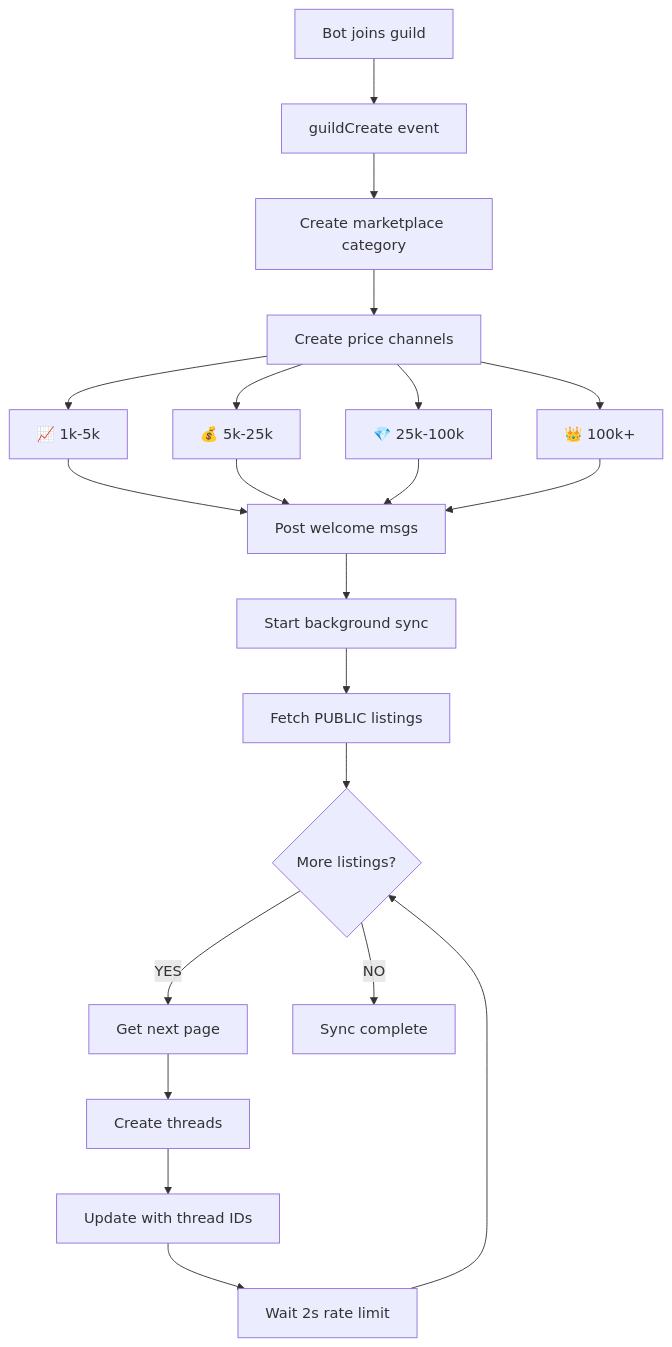
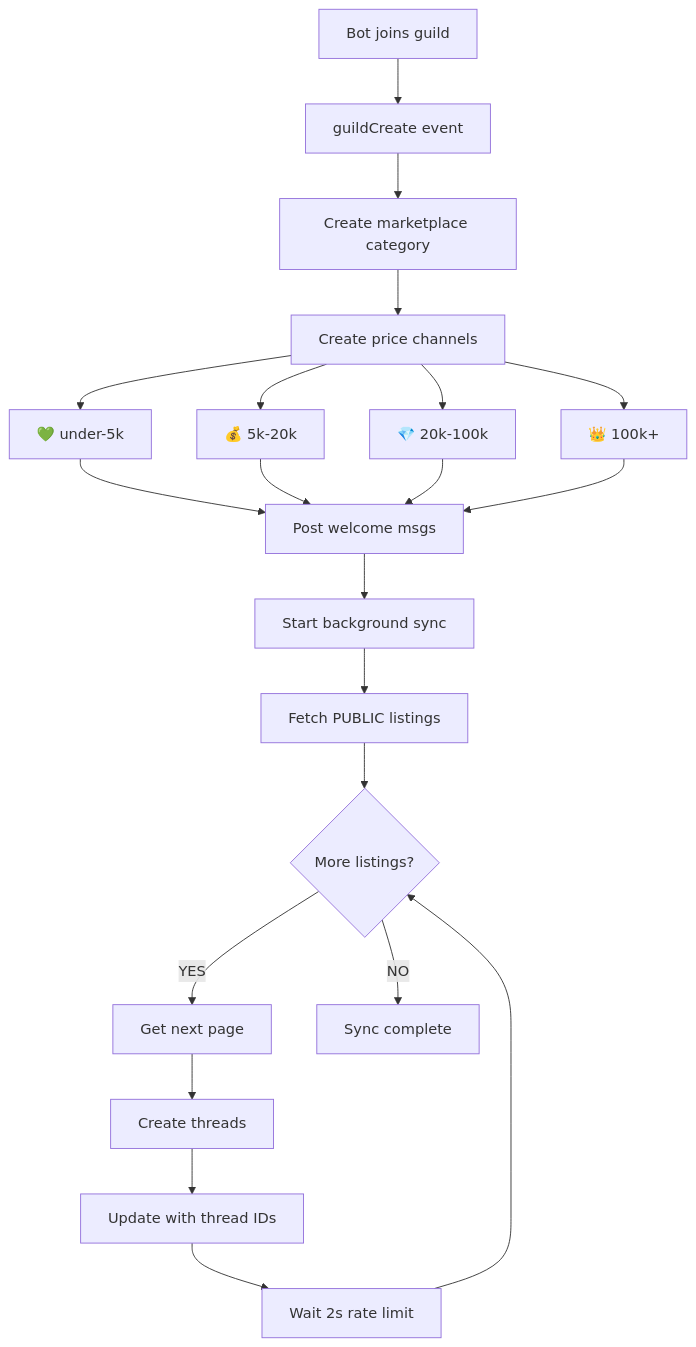
Before and after one commit to lhqezio/bloxtr8: the second of 3 diagrams in apps/discord-bot/FLOW_DIAGRAM.md, drawn with Mermaid. The commit also changed other lines of this file and 4 other files, not shown here.

````diff
--- a/apps/discord-bot/FLOW_DIAGRAM.md
+++ b/apps/discord-bot/FLOW_DIAGRAM.md
@@ -53,27 +53,27 @@
 ```mermaid
 flowchart TD
     A[Bot joins guild] --> B[guildCreate event]
     B --> C[Create marketplace category]
     C --> D[Create price channels]
-    D --> E[📈 1k-5k]
-    D --> F[💰 5k-25k]
-    D --> G[💎 25k-100k]
+    D --> E[💚 under-5k]
+    D --> F[💰 5k-20k]
+    D --> G[💎 20k-100k]
     D --> H[👑 100k+]
 
     E --> I[Post welcome msgs]
     F --> I
     G --> I
     H --> I
 
     I --> J[Start background sync]
     J --> K[Fetch PUBLIC listings]
     K --> L{More listings?}
 
     L -->|YES| M[Get next page]
     M --> N[Create threads]
     N --> O[Update with thread IDs]
     O --> P[Wait 2s rate limit]
     P --> L
 
     L -->|NO| Q[Sync complete]
 ```
````
